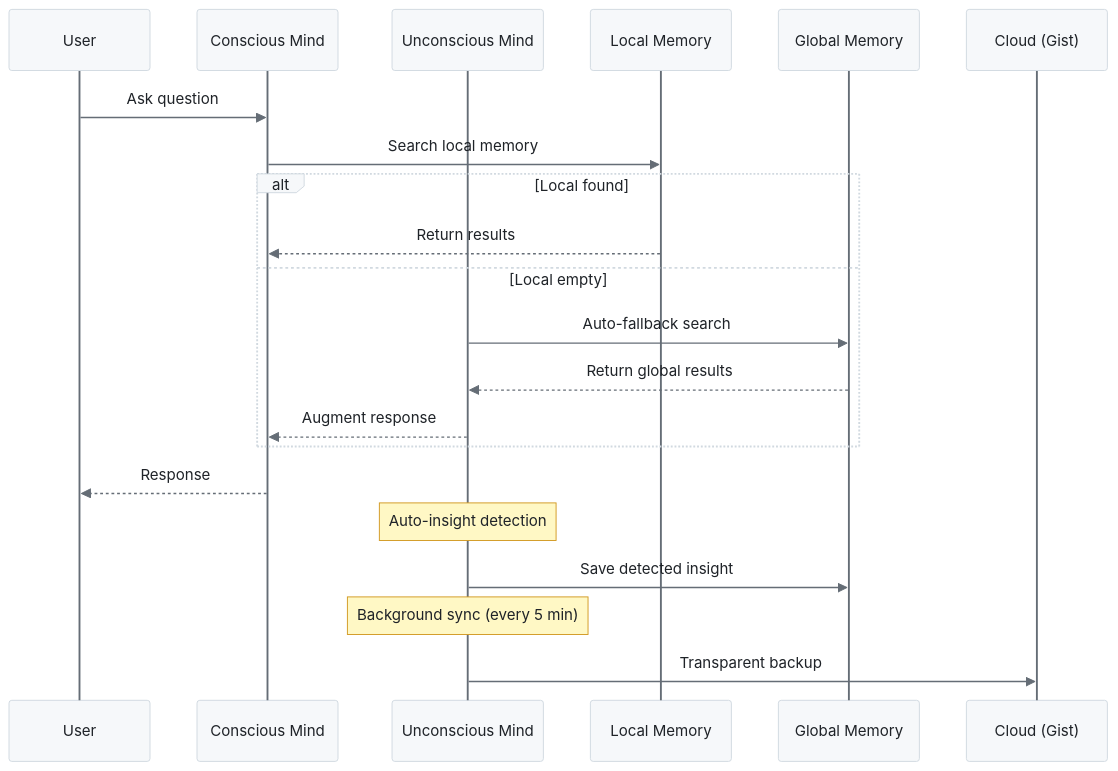
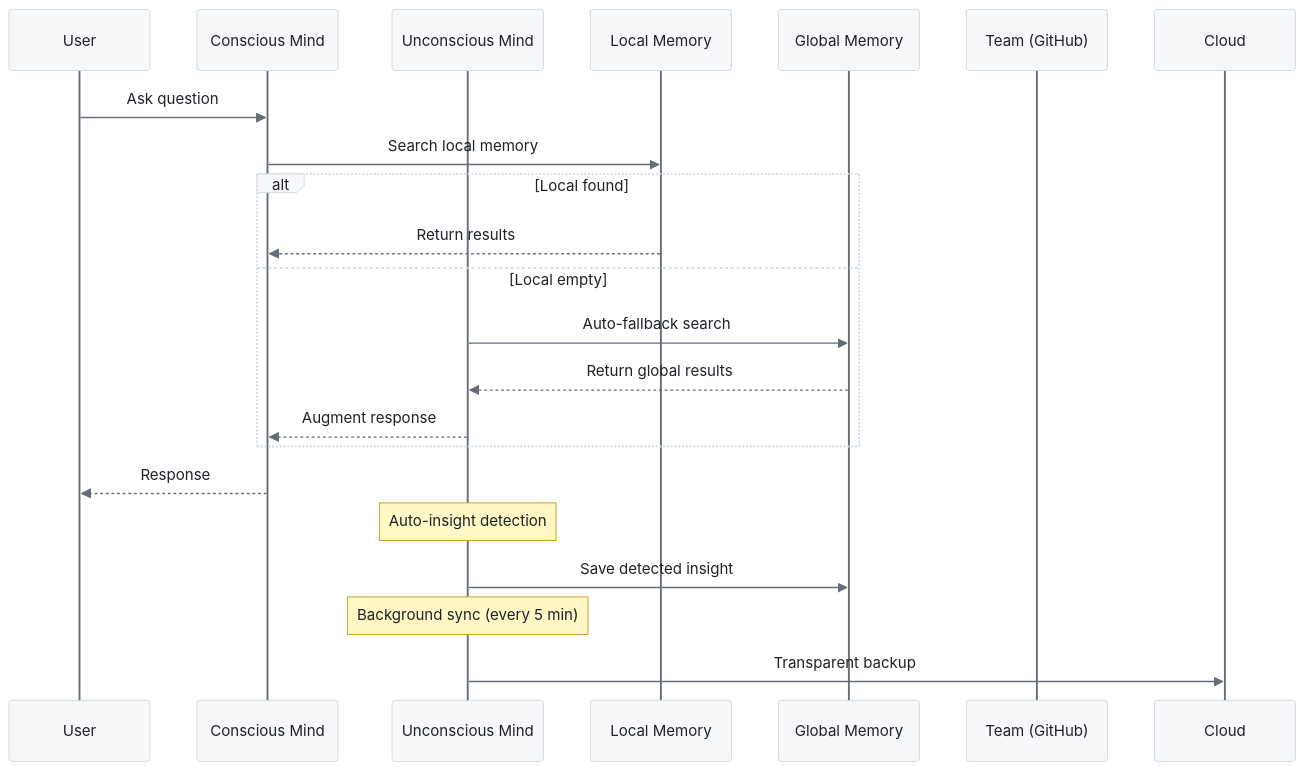
Before and after one commit to fabioc-aloha/Alex_Plug_In: the fourth of 5 diagrams in platforms/vscode-extension/alex_docs/COGNITIVE-ARCHITECTURE.md, drawn with Mermaid. The commit also changed other lines of this file and 18 other files, not shown here.

First line of the commit message:
feat: GitHub auth for private repos + owner-only config + larger logo

````diff
--- a/platforms/vscode-extension/alex_docs/COGNITIVE-ARCHITECTURE.md
+++ b/platforms/vscode-extension/alex_docs/COGNITIVE-ARCHITECTURE.md
@@ -180,29 +180,29 @@
 ```mermaid
 %%{init: {'theme': 'base', 'themeVariables': { 'primaryColor': '#f6f8fa', 'primaryTextColor': '#1f2328', 'primaryBorderColor': '#d1d9e0', 'lineColor': '#656d76', 'secondaryColor': '#f6f8fa', 'tertiaryColor': '#ffffff', 'background': '#ffffff', 'mainBkg': '#f6f8fa', 'nodeBorder': '#d1d9e0', 'actorBkg': '#f6f8fa', 'actorBorder': '#d1d9e0', 'actorTextColor': '#1f2328', 'actorLineColor': '#656d76', 'signalColor': '#656d76', 'signalTextColor': '#1f2328', 'labelBoxBkgColor': '#f6f8fa', 'labelBoxBorderColor': '#d1d9e0', 'labelTextColor': '#1f2328', 'loopTextColor': '#1f2328', 'noteBkgColor': '#fff8c5', 'noteBorderColor': '#d29922', 'noteTextColor': '#1f2328', 'sequenceNumberColor': '#ffffff'}}}%%
 sequenceDiagram
     participant User
     participant Conscious as Conscious Mind
     participant Unconscious as Unconscious Mind
     participant Local as Local Memory
     participant Global as Global Memory
-    participant Cloud as Cloud (Gist)
+    participant Team as Team (GitHub)
 
     User->>Conscious: Ask question
     Conscious->>Local: Search local memory
 
     alt Local found
         Local-->>Conscious: Return results
     else Local empty
         Unconscious->>Global: Auto-fallback search
         Global-->>Unconscious: Return global results
         Unconscious-->>Conscious: Augment response
     end
 
     Conscious-->>User: Response
 
     Note over Unconscious: Auto-insight detection
     Unconscious->>Global: Save detected insight
 
     Note over Unconscious: Background sync (every 5 min)
     Unconscious->>Cloud: Transparent backup
 ```
````
